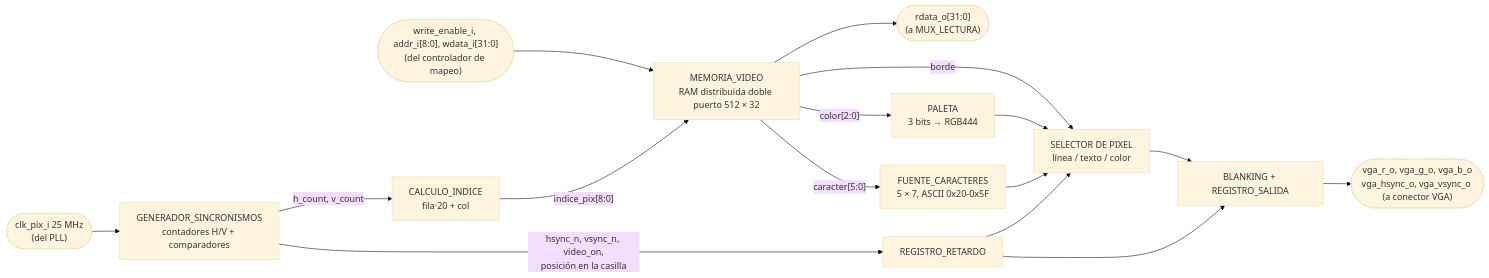
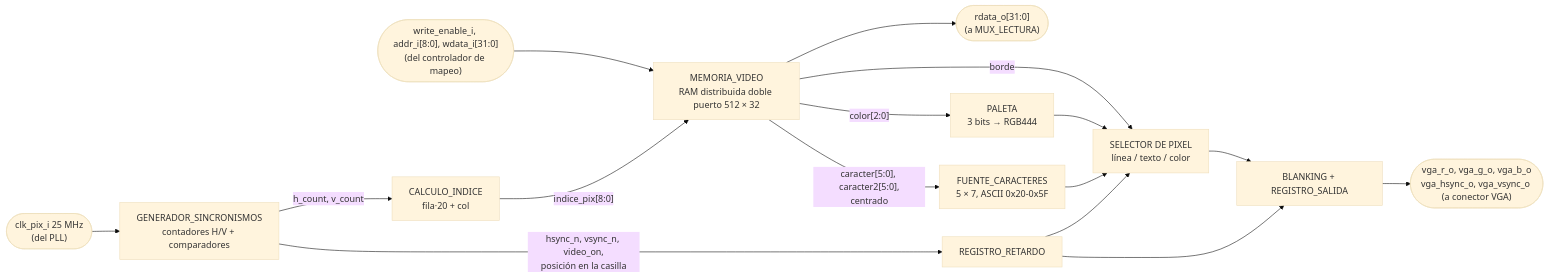
One commit to Taller-de-diseno-digital-GR01/Proyecto-3-Batalla-Naval changed the first of 2 diagrams in docs/diseño/modulos/PERIFERICO_VGA.md. Above: the diagram before and after it, drawn with Mermaid (base theme). The commit also changed other lines of this file and 7 other files, not shown here.

````diff
--- a/docs/diseño/modulos/PERIFERICO_VGA.md
+++ b/docs/diseño/modulos/PERIFERICO_VGA.md
@@ -14,19 +14,19 @@
 ```mermaid
 flowchart LR
     IN_BUS(["write_enable_i, addr_i[8:0], wdata_i[31:0]<br/>(del controlador de mapeo)"]) --> MEM["MEMORIA_VIDEO<br/>RAM distribuida doble puerto 512 × 32"]
     MEM --> OUT_RD(["rdata_o[31:0]<br/>(a MUX_LECTURA)"])
 
     IN_PIX(["clk_pix_i 25 MHz<br/>(del PLL)"]) --> SYNC["GENERADOR_SINCRONISMOS<br/>contadores H/V + comparadores"]
     SYNC -->|"h_count, v_count"| IDX["CALCULO_INDICE<br/>fila·20 + col"]
     IDX -->|"indice_pix[8:0]"| MEM
     MEM -->|"color[2:0]"| PAL["PALETA<br/>3 bits → RGB444"]
-    MEM -->|"caracter[5:0]"| FUE["FUENTE_CARACTERES<br/>5 × 7, ASCII 0x20-0x5F"]
+    MEM -->|"caracter[5:0], caracter2[5:0],<br/>centrado"| FUE["FUENTE_CARACTERES<br/>5 × 7, ASCII 0x20-0x5F"]
     MEM -->|"borde"| SEL
     SYNC -->|"hsync_n, vsync_n, video_on,<br/>posición en la casilla"| RET["REGISTRO_RETARDO"]
     PAL --> SEL["SELECTOR DE PIXEL<br/>línea / texto / color"]
     FUE --> SEL
     SEL --> SAL["BLANKING + REGISTRO_SALIDA"]
     RET --> SEL
     RET --> SAL
     SAL --> OUT_VGA(["vga_r_o, vga_g_o, vga_b_o<br/>vga_hsync_o, vga_vsync_o (a conector VGA)"])
 ```
````
